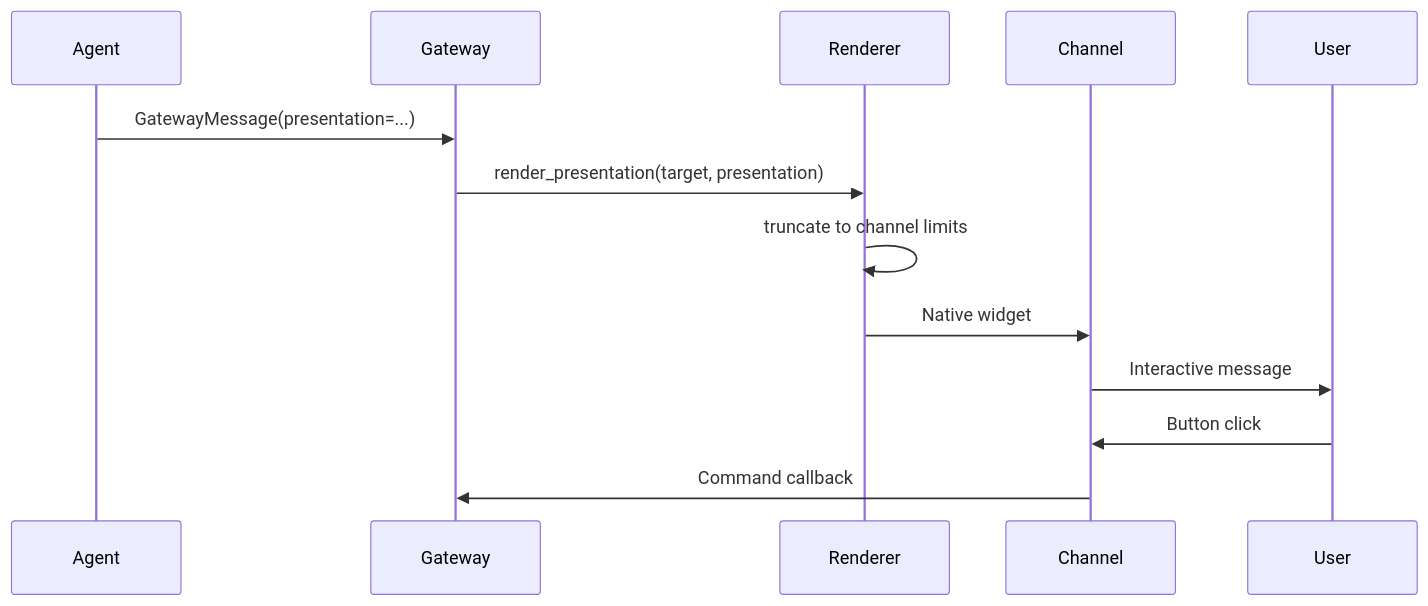
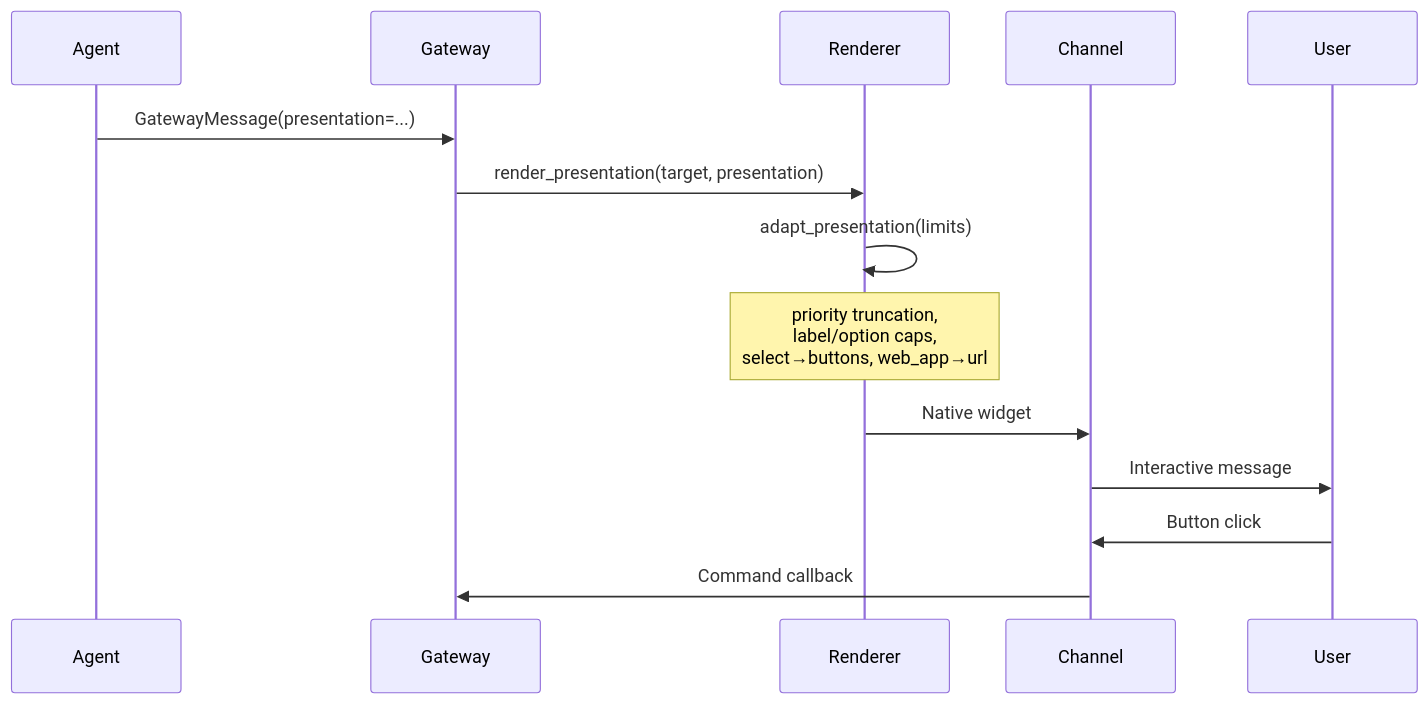
The second of 3 diagrams in docs/features/bot-presentations.mdx (MervinPraison/PraisonAIDocs), drawn with Mermaid before and after one commit. The commit also changed other lines of this file, not shown here.

First line of the commit message:
docs: update bot-presentations for adapt_presentation() and PresentationLimits (fixes #836)

````diff
--- a/docs/features/bot-presentations.mdx
+++ b/docs/features/bot-presentations.mdx
@@ -107,16 +109,17 @@
 ```mermaid
 sequenceDiagram
     participant Agent
     participant Gateway
     participant Renderer
     participant Channel
     participant User
 
     Agent->>Gateway: GatewayMessage(presentation=...)
     Gateway->>Renderer: render_presentation(target, presentation)
-    Renderer->>Renderer: truncate to channel limits
+    Renderer->>Renderer: adapt_presentation(limits)
+    Note over Renderer: priority truncation,<br/>label/option caps,<br/>select→buttons, web_app→url
     Renderer->>Channel: Native widget
     Channel->>User: Interactive message
     User->>Channel: Button click
     Channel->>Gateway: Command callback
 ```
````
